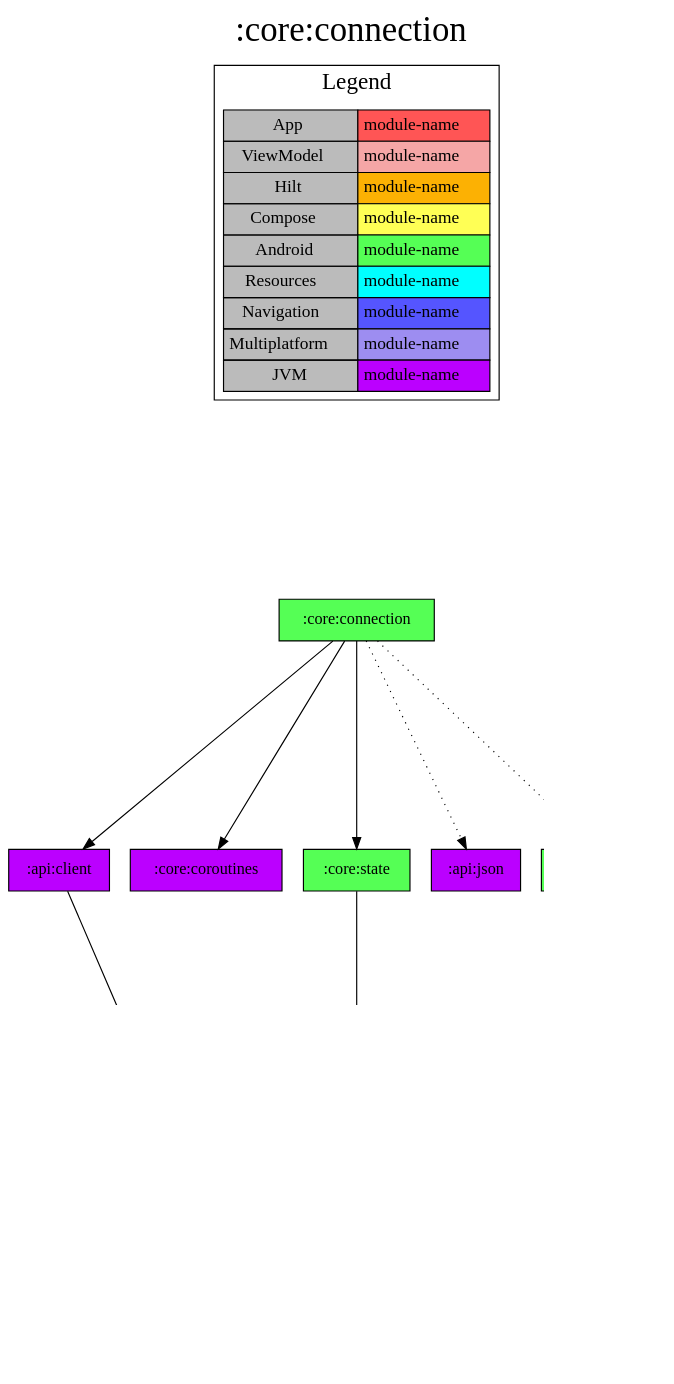
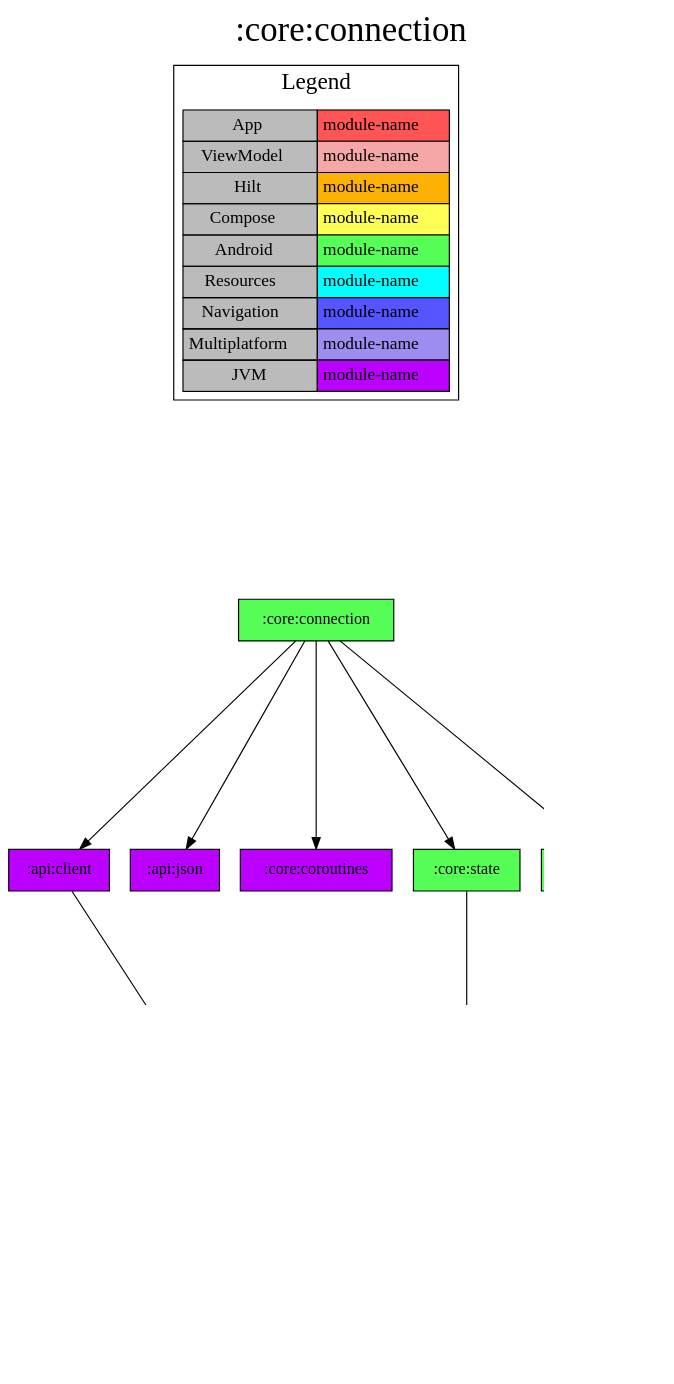
Before and after one commit to jonapoul/aktual: the diagram in modules/core/connection/project-dependency-graph.dot, drawn with Graphviz. The commit also changed 21 other files, not shown here.

```diff
--- a/modules/core/connection/project-dependency-graph.dot
+++ b/modules/core/connection/project-dependency-graph.dot
@@ -1,43 +1,43 @@
 digraph {
 edge ["dir"="forward"]
 graph ["dpi"="100","label"=":core:connection","labelloc"="t","fontsize"="30","ranksep"="2.5","rankdir"="TB"]
 node ["style"="filled"]
 ":core:connection" ["fillcolor"="#55FF55","shape"="box"]
 ":api:client" ["fillcolor"="#BB00FF","shape"="box"]
 ":api:model" ["fillcolor"="#BB00FF","shape"="box"]
 ":core:model" ["fillcolor"="#BB00FF","shape"="box"]
+":api:json" ["fillcolor"="#BB00FF","shape"="box"]
 ":core:coroutines" ["fillcolor"="#BB00FF","shape"="box"]
 ":core:state" ["fillcolor"="#55FF55","shape"="box"]
-":api:json" ["fillcolor"="#BB00FF","shape"="box"]
 ":serverUrl:prefs" ["fillcolor"="#55FF55","shape"="box"]
 {
 edge ["dir"="none"]
 graph ["rank"="same"]
 }
 ":core:connection" -> ":api:client"
+":core:connection" -> ":api:json"
 ":core:connection" -> ":core:coroutines"
 ":core:connection" -> ":core:state"
-":core:connection" -> ":api:json" ["style"="dotted"]
-":core:connection" -> ":serverUrl:prefs" ["style"="dotted"]
+":core:connection" -> ":serverUrl:prefs"
 ":api:client" -> ":api:model"
 ":api:model" -> ":core:model"
 ":core:state" -> ":core:model"
 ":serverUrl:prefs" -> ":core:model"
 subgraph "cluster_legend" {
 edge ["dir"="none"]
 graph ["label"="Legend","fontsize"="20"]
 "Legend" ["style"="filled","fillcolor"="#bbbbbb","shape"="none","margin"="0","fontsize"="15","label"=<
 <TABLE BORDER="0" CELLBORDER="1" CELLSPACING="0" CELLPADDING="4">
 <TR><TD>App</TD><TD BGCOLOR="#FF5555">module-name</TD></TR>
 <TR><TD>ViewModel</TD><TD BGCOLOR="#F5A6A6">module-name</TD></TR>
 <TR><TD>Hilt</TD><TD BGCOLOR="#FCB103">module-name</TD></TR>
 <TR><TD>Compose</TD><TD BGCOLOR="#FFFF55">module-name</TD></TR>
 <TR><TD>Android</TD><TD BGCOLOR="#55FF55">module-name</TD></TR>
 <TR><TD>Resources</TD><TD BGCOLOR="#00FFFF">module-name</TD></TR>
 <TR><TD>Navigation</TD><TD BGCOLOR="#5555FF">module-name</TD></TR>
 <TR><TD>Multiplatform</TD><TD BGCOLOR="#9D8DF1">module-name</TD></TR>
 <TR><TD>JVM</TD><TD BGCOLOR="#BB00FF">module-name</TD></TR>
 </TABLE>
 >]
 } -> ":core:connection" ["style"="invis"]
 }
```
